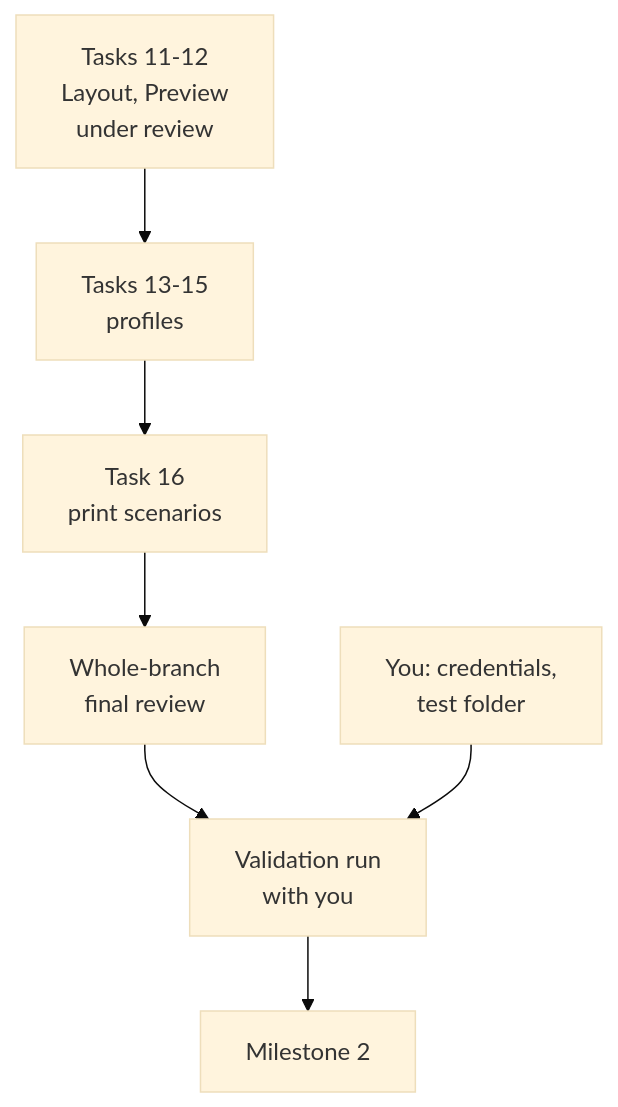
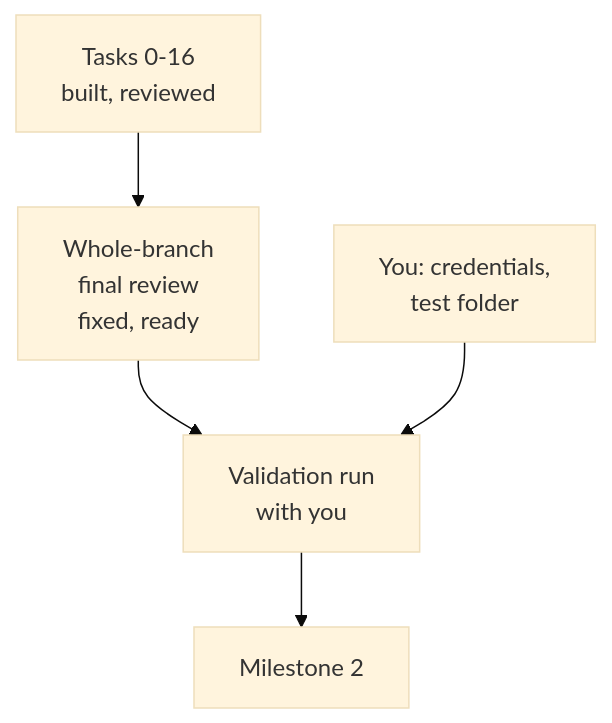
One commit to chondl/PenguinCAM-notes changed the first of 2 diagrams in handoffs/2026-10-09-onshape-test-bed-and-milestone-1-build.md. Above: the diagram before and after it, drawn with Mermaid (base theme). The commit also changed other lines of this file, not shown here.

Commit message:
handoff: onshape test bed and milestone 1 build finished, reviewed, ready to merge; rulings and next steps updated

````diff
--- a/handoffs/2026-10-09-onshape-test-bed-and-milestone-1-build.md
+++ b/handoffs/2026-10-09-onshape-test-bed-and-milestone-1-build.md
@@ -27,9 +31,7 @@
 ```mermaid
 flowchart TB
-    t11["Tasks 11-12<br/>Layout, Preview<br/>under review"] --> t13["Tasks 13-15<br/>profiles"]
-    t13 --> t16["Task 16<br/>print scenarios"]
-    t16 --> rev["Whole-branch<br/>final review"]
+    built["Tasks 0-16<br/>built, reviewed"] --> rev["Whole-branch<br/>final review<br/>fixed, ready"]
     rev --> run["Validation run<br/>with you"]
     you["You: credentials,<br/>test folder"] --> run
     run --> m2["Milestone 2"]
 ```
````
